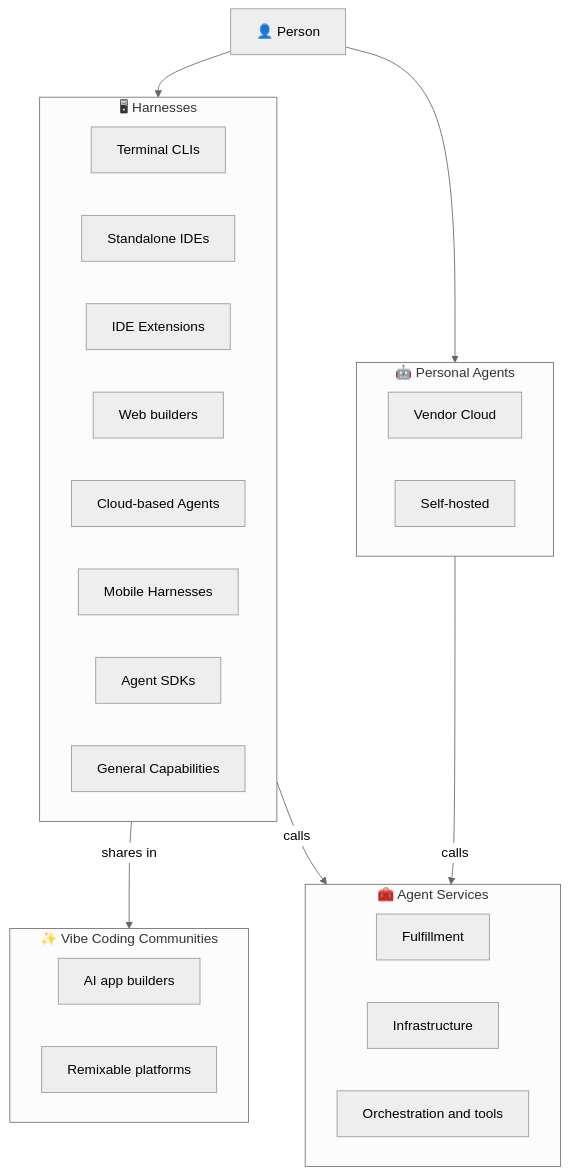
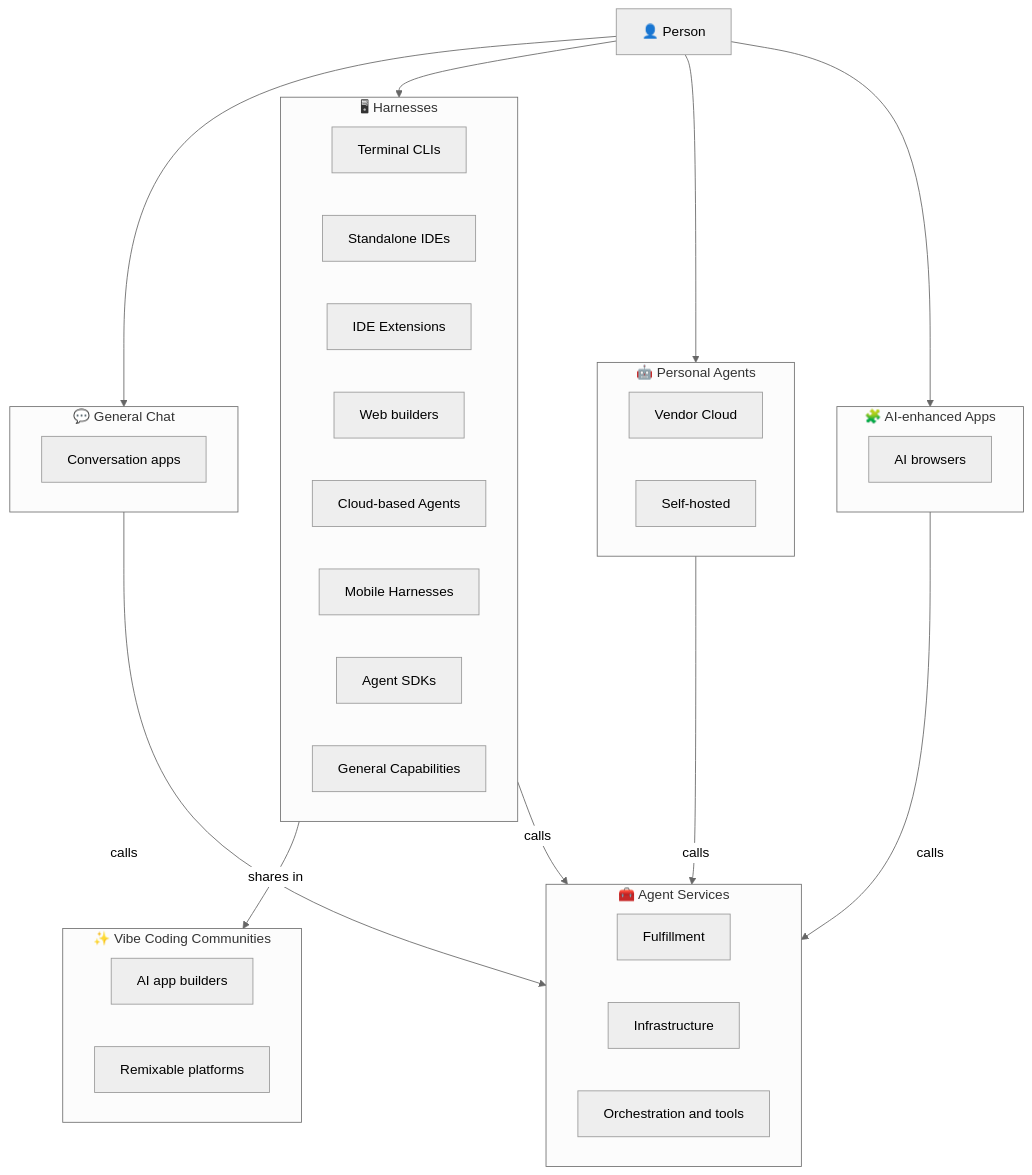
The diagram in README.md (0xWelt/Awesome-Vibe-Coding), drawn with Mermaid (neutral theme) before and after one commit. The commit also changed other lines of this file and 14 other files, not shown here.

First line of the commit message:
feat: 增加 General Chat 与 AI-enhanced Apps 两个分区 (#450)

````diff
--- a/README.md
+++ b/README.md
@@ -28,41 +30,55 @@
 ```mermaid
 flowchart TB
     Person["👤 Person"]
+
+    subgraph chat["💬 General Chat"]
+        direction LR
+        GC1["Conversation apps"]
+    end
 
     subgraph harnesses["🖥 Harnesses"]
         direction LR
         H1["Terminal CLIs"]
         H2["Standalone IDEs"]
         H3["IDE Extensions"]
         H4["Web builders"]
         H5["Cloud-based Agents"]
         H6["Mobile Harnesses"]
         H7["Agent SDKs"]
         H8["General Capabilities"]
     end
 
     subgraph community["✨ Vibe Coding Communities"]
         direction LR
         C1["AI app builders"]
         C2["Remixable platforms"]
     end
 
     subgraph personal["🤖 Personal Agents"]
         direction LR
         P1["Vendor Cloud"]
         P2["Self-hosted"]
     end
 
+    subgraph apps["🧩 AI-enhanced Apps"]
+        direction LR
+        A1["AI browsers"]
+    end
+
     subgraph services["🧰 Agent Services"]
         direction LR
         S1["Fulfillment"]
         S2["Infrastructure"]
         S3["Orchestration and tools"]
     end
 
+    Person --> chat
     Person --> harnesses
     Person --> personal
+    Person --> apps
     harnesses -->|shares in| community
+    chat -->|calls| services
     harnesses -->|calls| services
     personal -->|calls| services
+    apps -->|calls| services
 ```
````
